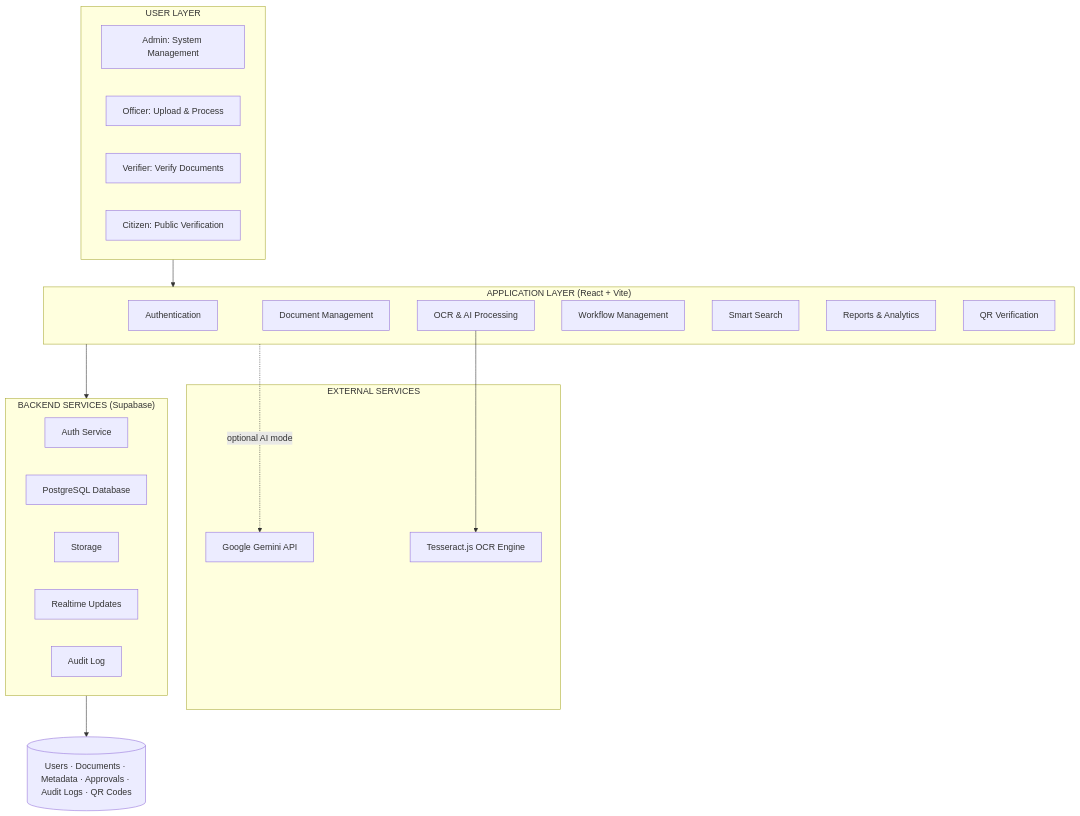
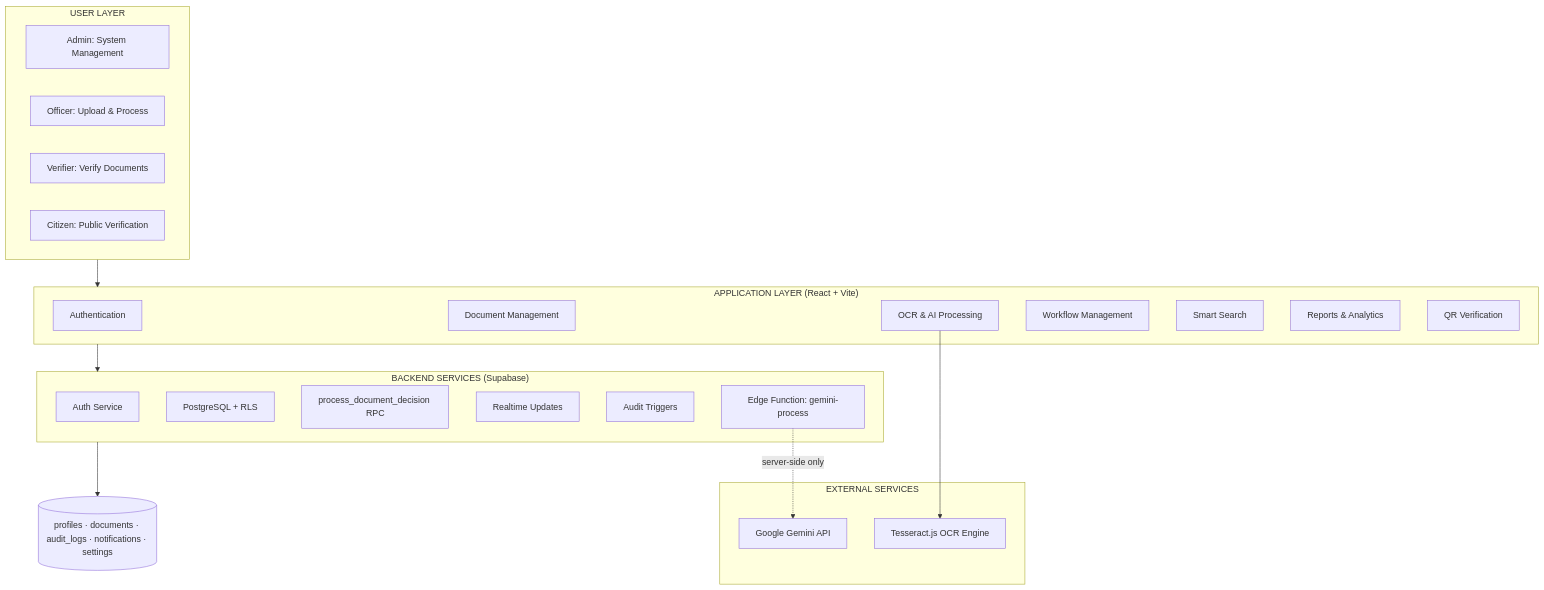
The first of 2 diagrams in README.md (Harshal-112/HackathonProject), drawn with Mermaid before and after one commit. The commit also changed other lines of this file and 4 other files, not shown here.

Commit message:
fix(edge-function): add multi-model retry fallback and Supabase config

````diff
--- a/README.md
+++ b/README.md
@@ -212,38 +145,39 @@
 ```mermaid
 graph TD
     subgraph UserLayer["USER LAYER"]
         A1[Admin: System Management]
         A2[Officer: Upload & Process]
         A3[Verifier: Verify Documents]
         A4[Citizen: Public Verification]
     end
 
     subgraph AppLayer["APPLICATION LAYER (React + Vite)"]
         B1[Authentication]
         B2[Document Management]
         B3[OCR & AI Processing]
         B4[Workflow Management]
         B5[Smart Search]
         B6[Reports & Analytics]
         B7[QR Verification]
     end
 
     subgraph Backend["BACKEND SERVICES (Supabase)"]
         C1[Auth Service]
-        C2[PostgreSQL Database]
-        C3[Storage]
+        C2[PostgreSQL + RLS]
+        C3[process_document_decision RPC]
         C4[Realtime Updates]
-        C5[Audit Log]
+        C5[Audit Triggers]
+        C6[Edge Function: gemini-process]
     end
 
     subgraph External["EXTERNAL SERVICES"]
         D1[Google Gemini API]
         D2[Tesseract.js OCR Engine]
     end
 
     UserLayer --> AppLayer
     AppLayer --> Backend
-    AppLayer -.optional AI mode.-> D1
+    C6 -.server-side only.-> D1
     B3 --> D2
-    Backend --> DataLayer[(Users · Documents · Metadata · Approvals · Audit Logs · QR Codes)]
+    Backend --> DataLayer[(profiles · documents · audit_logs · notifications · settings)]
 ```
````
